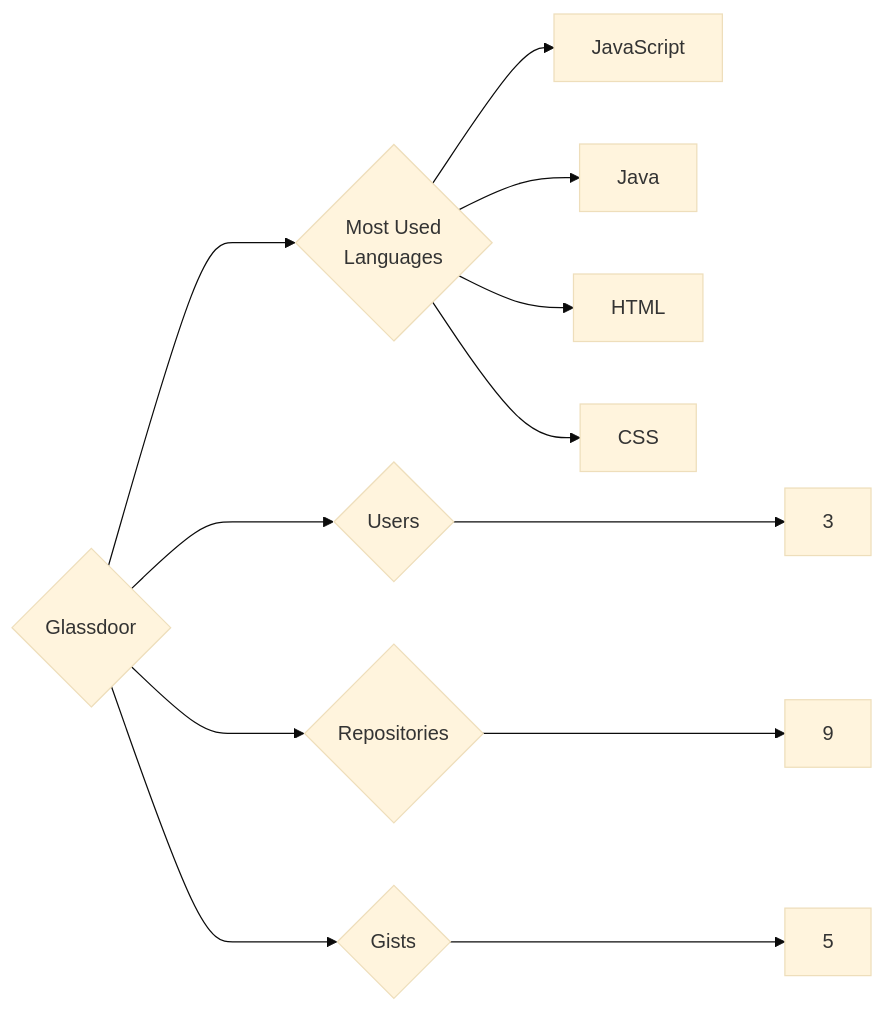
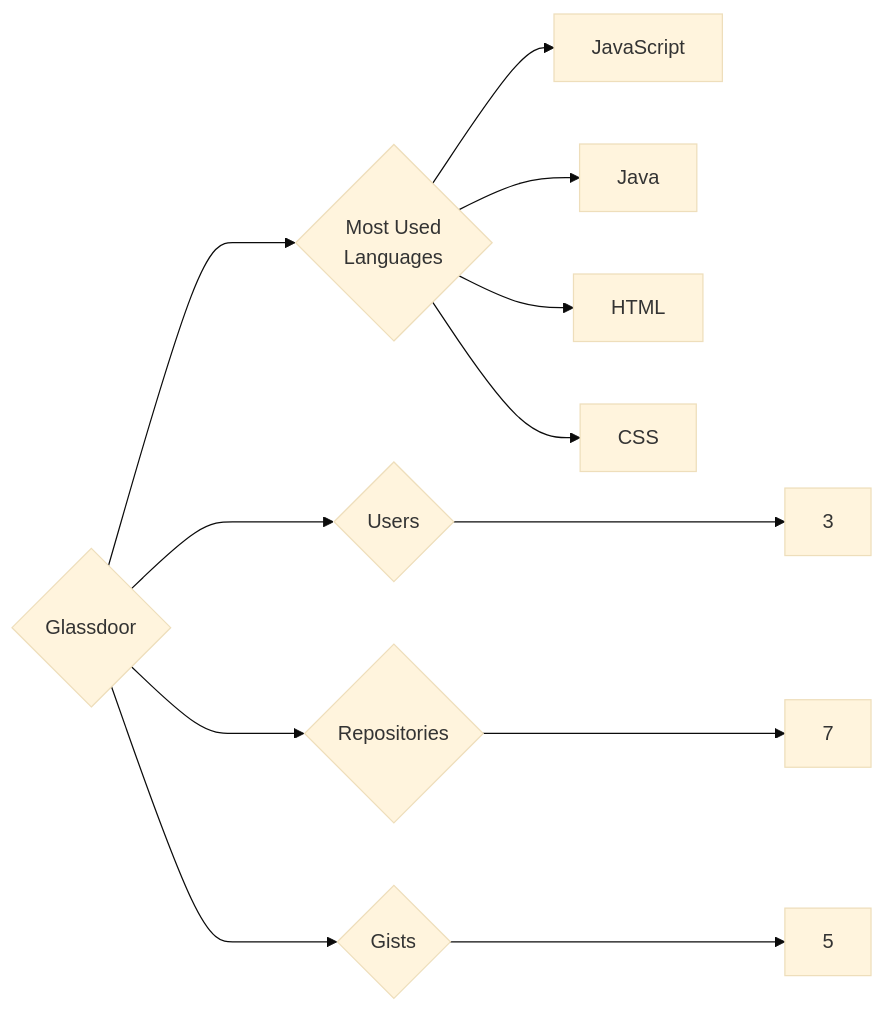
The diagram in targets/Glassdoor/README.md (trickest/insiders), drawn with Mermaid (base theme) before and after one commit. The commit also changed 681 other files, not shown here.

````diff
--- a/targets/Glassdoor/README.md
+++ b/targets/Glassdoor/README.md
@@ -3,12 +3,12 @@
 ```mermaid
 graph LR
 COMPANY_NAME{Glassdoor}
 COMPANY_NAME ---> U{Users} ---> UN[3]
-COMPANY_NAME ---> R{Repositories} ---> RN[9]
+COMPANY_NAME ---> R{Repositories} ---> RN[7]
 COMPANY_NAME ---> G{Gists} ---> GN[5]
 COMPANY_NAME ---> ML{Most Used<br>Languages}
 ML --> JavaScript[JavaScript]
 ML --> Java[Java]
 ML --> HTML[HTML]
 ML --> CSS[CSS]
 ```
````
